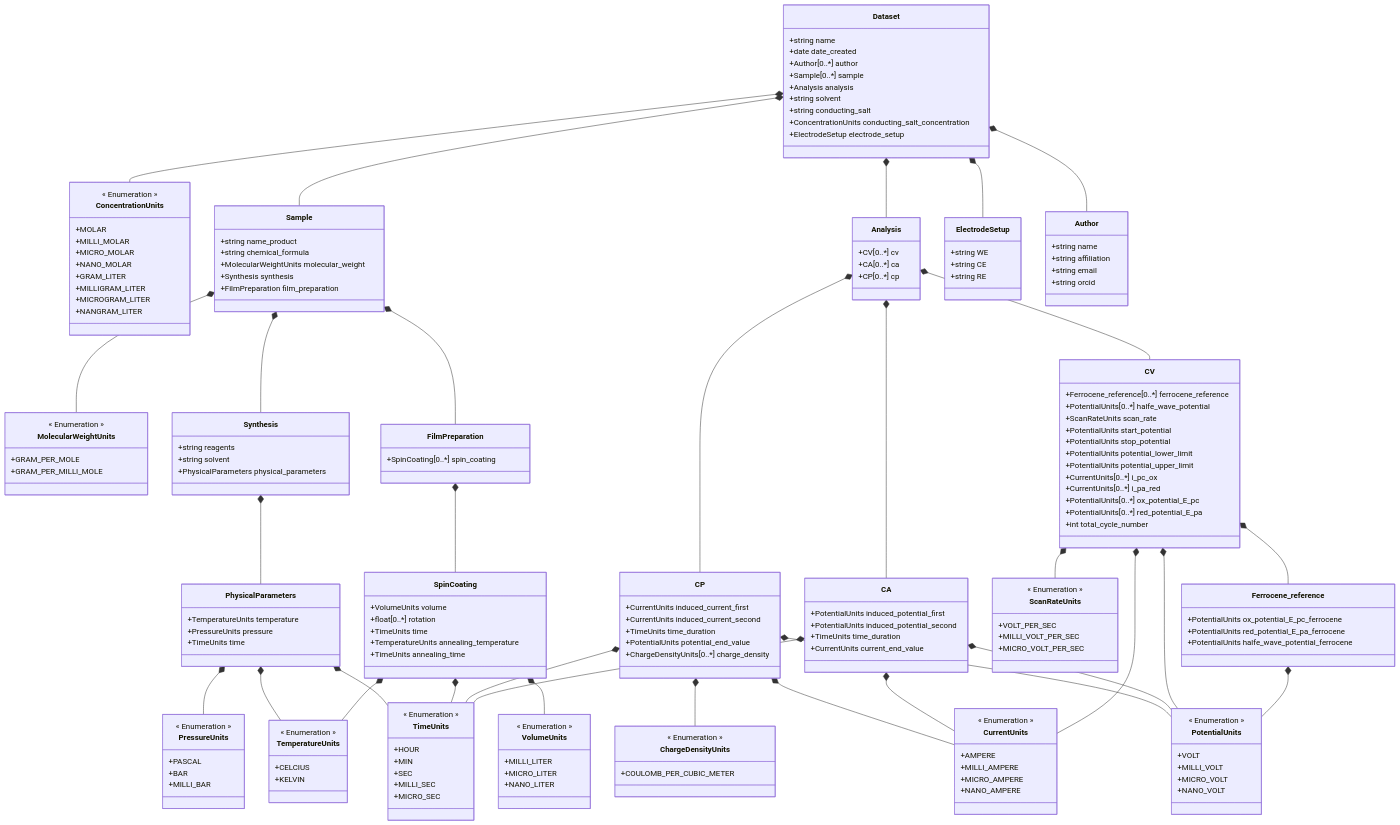
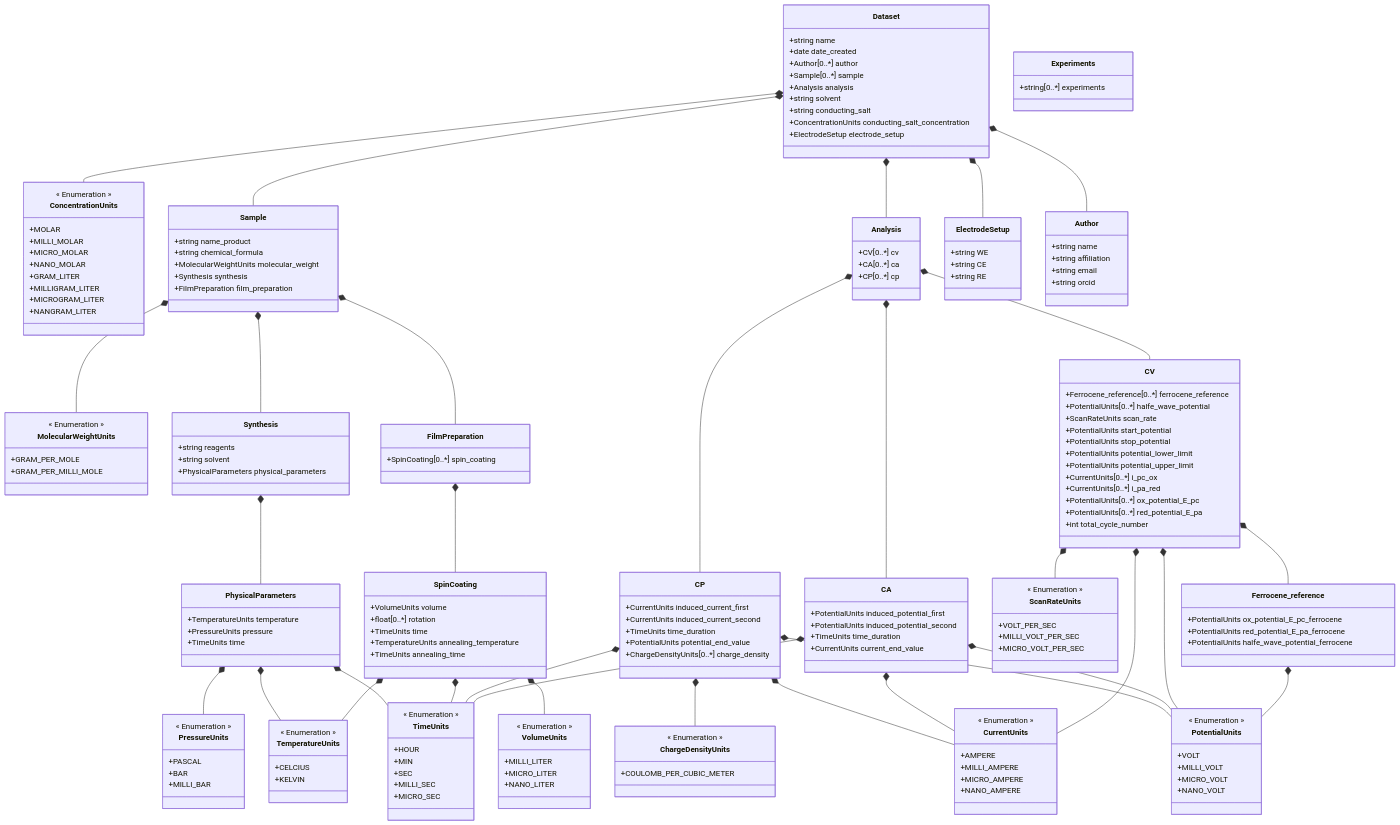
Before and after one commit to FAIRChemistry/datamodel-electrochemistry: the diagram in ElectrochemistryDataModel/schemes/electrochemistrydatamodel_schema.md, drawn with Mermaid. The commit also changed 15 other files, not shown here.

```diff
--- a/ElectrochemistryDataModel/schemes/electrochemistrydatamodel_schema.md
+++ b/ElectrochemistryDataModel/schemes/electrochemistrydatamodel_schema.md
@@ -42,6 +42,10 @@
         +string conducting_salt
         +ConcentrationUnits conducting_salt_concentration
         +ElectrodeSetup electrode_setup
+    }
+    
+    class Experiments {
+        +string[0..*] experiments
     }
     
     class Sample {
```
